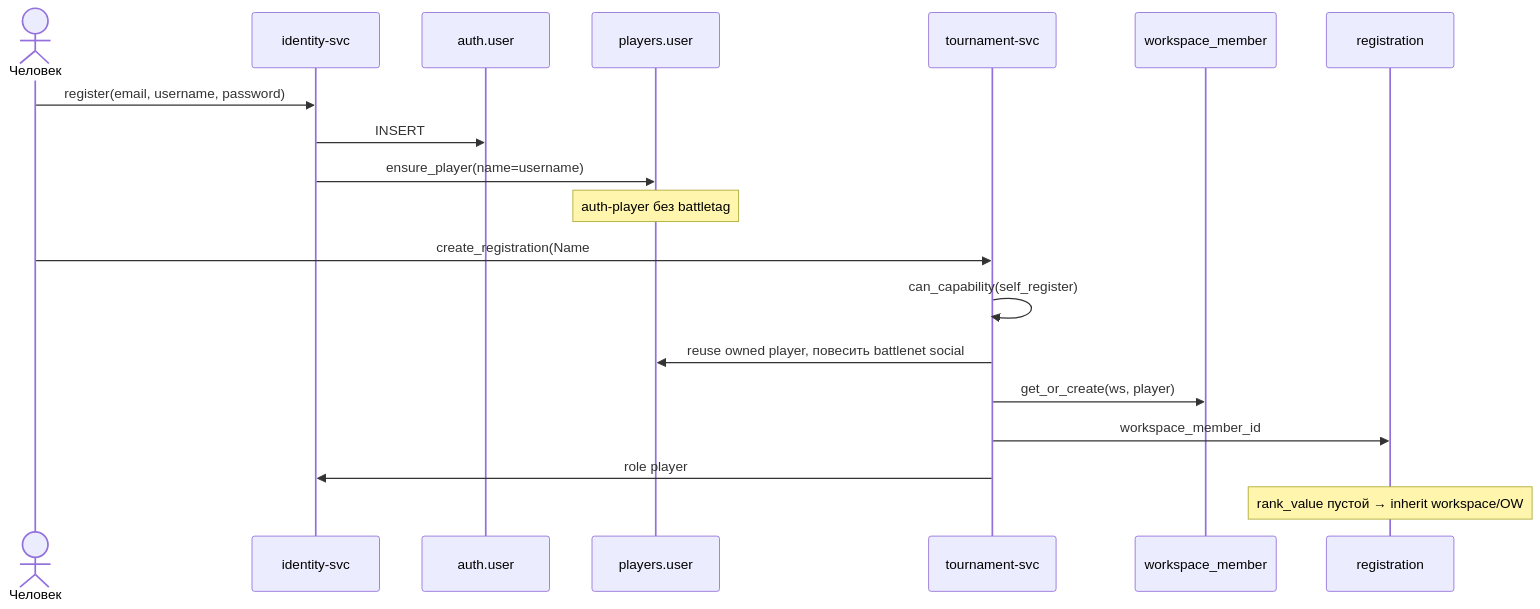
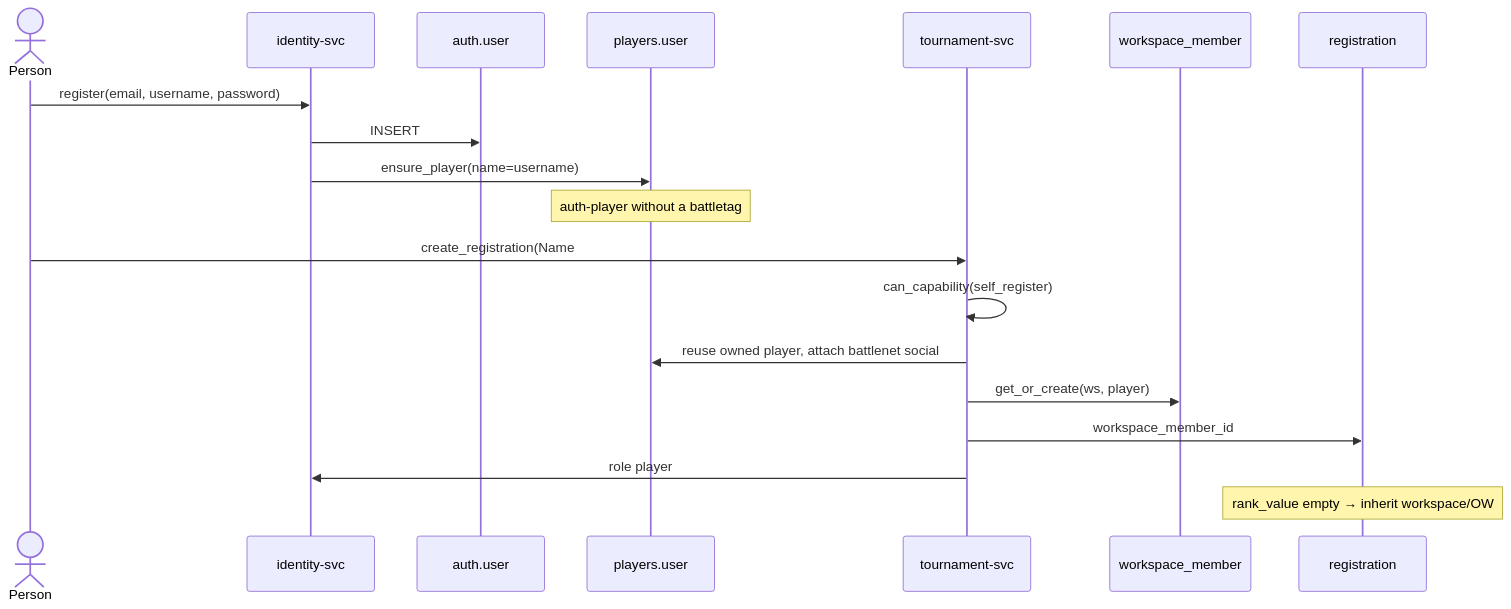
One commit to CraazzzyyFoxx/anak-tournaments changed the fourth of 6 diagrams in docs/users-identity.md. Above: the diagram before and after it, drawn with Mermaid. The commit also changed other lines of this file and 60 other files, not shown here.

````diff
--- a/docs/users-identity.md
+++ b/docs/users-identity.md
@@ -568,22 +567,22 @@
 ```mermaid
 sequenceDiagram
-  actor H as Человек
+  actor H as Person
   participant ID as identity-svc
   participant AU as auth.user
   participant PU as players.user
   participant TS as tournament-svc
   participant WM as workspace_member
   participant REG as registration
 
   H->>ID: register(email, username, password)
   ID->>AU: INSERT
   ID->>PU: ensure_player(name=username)
-  Note over PU: auth-player без battletag
+  Note over PU: auth-player without a battletag
   H->>TS: create_registration(Name#1234)
   TS->>TS: can_capability(self_register)
-  TS->>PU: reuse owned player, повесить battlenet social
+  TS->>PU: reuse owned player, attach battlenet social
   TS->>WM: get_or_create(ws, player)
   TS->>REG: workspace_member_id
   TS->>ID: role player
-  Note over REG: rank_value пустой → inherit workspace/OW
+  Note over REG: rank_value empty → inherit workspace/OW
 ```
````
